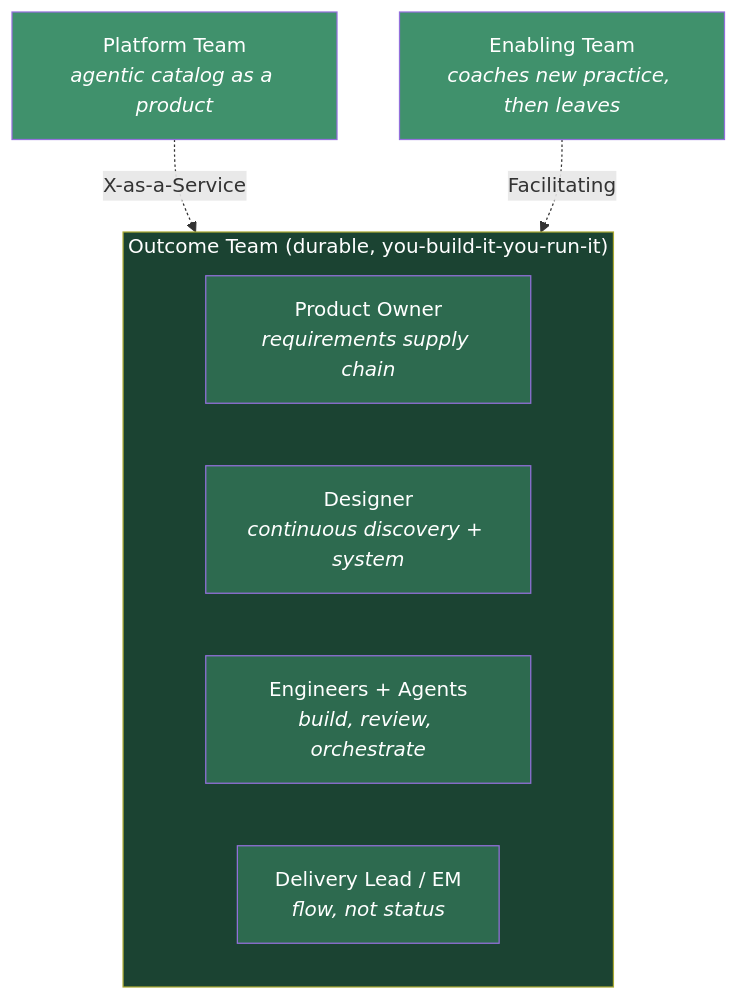
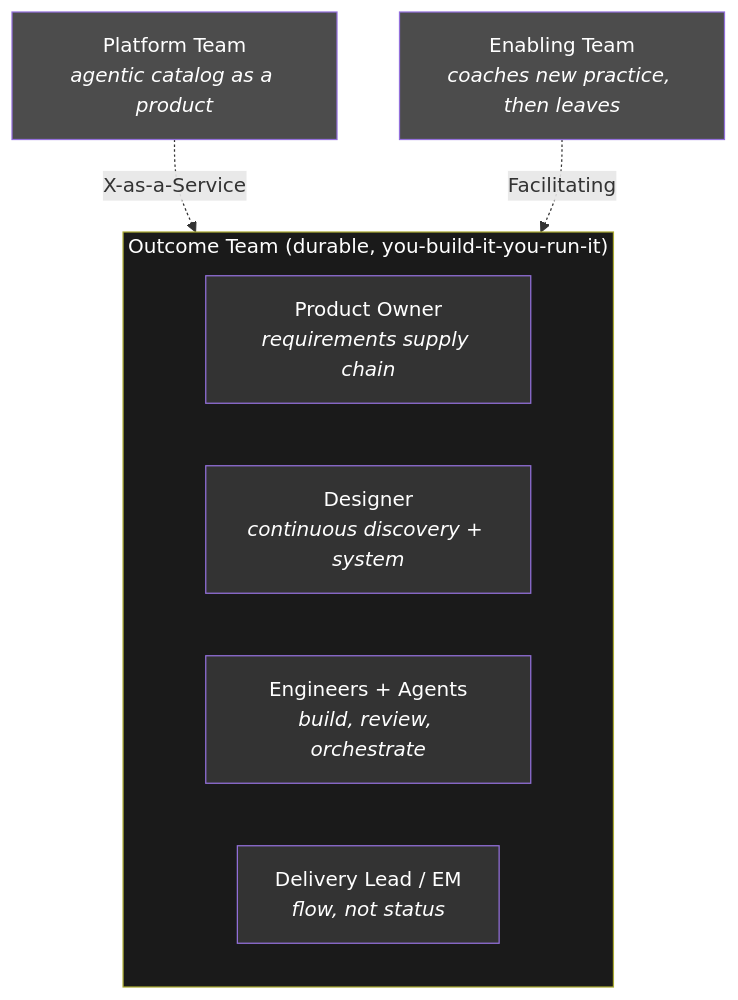
One commit to RED-Internal-Development/delivery-operating-model changed the first of 3 diagrams in docs/team-shape-and-roles.md. Above: the diagram before and after it, drawn with Mermaid. The commit also changed other lines of this file, not shown here.

````diff
--- a/docs/team-shape-and-roles.md
+++ b/docs/team-shape-and-roles.md
@@ -24,22 +25,22 @@
 ```mermaid
 flowchart TB
     subgraph OT["Outcome Team (durable, you-build-it-you-run-it)"]
         PO["Product Owner<br/><i>requirements supply chain</i>"]
         DS["Designer<br/><i>continuous discovery + system</i>"]
         ENG["Engineers + Agents<br/><i>build, review, orchestrate</i>"]
         EM["Delivery Lead / EM<br/><i>flow, not status</i>"]
     end
     PLAT["Platform Team<br/><i>agentic catalog as a product</i>"]
     ENAB["Enabling Team<br/><i>coaches new practice, then leaves</i>"]
 
     PLAT -. "X-as-a-Service" .-> OT
     ENAB -. "Facilitating" .-> OT
 
-    style OT fill:#1b4332,color:#fff
-    style PO fill:#2d6a4f,color:#fff
-    style DS fill:#2d6a4f,color:#fff
-    style ENG fill:#2d6a4f,color:#fff
-    style EM fill:#2d6a4f,color:#fff
-    style PLAT fill:#40916c,color:#fff
-    style ENAB fill:#40916c,color:#fff
+    style OT fill:#1A1A1A,color:#fff
+    style PO fill:#333333,color:#fff
+    style DS fill:#333333,color:#fff
+    style ENG fill:#333333,color:#fff
+    style EM fill:#333333,color:#fff
+    style PLAT fill:#4C4C4C,color:#fff
+    style ENAB fill:#4C4C4C,color:#fff
 ```
````
